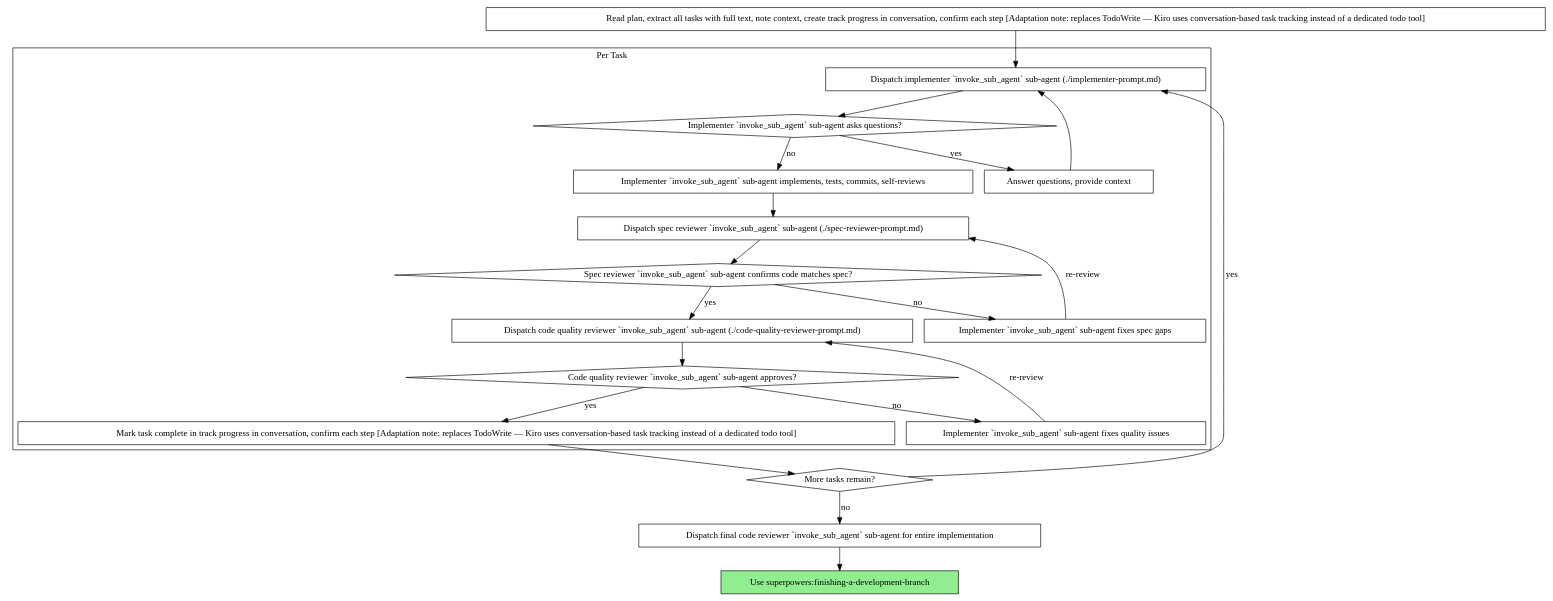
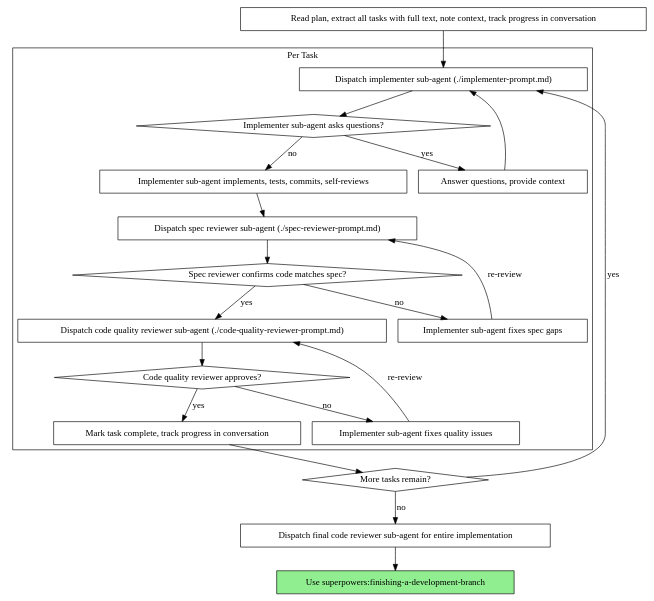
The second of 2 diagrams in .kiro/steering/subagent-driven-development.md (yogesh/kiro-superpowers), drawn with Graphviz before and after one commit. The commit also changed other lines of this file and 24 other files, not shown here.

````diff
--- a/.kiro/steering/subagent-driven-development.md
+++ b/.kiro/steering/subagent-driven-development.md
@@ -58,44 +58,44 @@
 ```dot
 digraph process {
     rankdir=TB;
 
     subgraph cluster_per_task {
         label="Per Task";
-        "Dispatch implementer `invoke_sub_agent` sub-agent (./implementer-prompt.md)" [shape=box];
-        "Implementer `invoke_sub_agent` sub-agent asks questions?" [shape=diamond];
+        "Dispatch implementer sub-agent (./implementer-prompt.md)" [shape=box];
+        "Implementer sub-agent asks questions?" [shape=diamond];
         "Answer questions, provide context" [shape=box];
-        "Implementer `invoke_sub_agent` sub-agent implements, tests, commits, self-reviews" [shape=box];
-        "Dispatch spec reviewer `invoke_sub_agent` sub-agent (./spec-reviewer-prompt.md)" [shape=box];
-        "Spec reviewer `invoke_sub_agent` sub-agent confirms code matches spec?" [shape=diamond];
-        "Implementer `invoke_sub_agent` sub-agent fixes spec gaps" [shape=box];
-        "Dispatch code quality reviewer `invoke_sub_agent` sub-agent (./code-quality-reviewer-prompt.md)" [shape=box];
-        "Code quality reviewer `invoke_sub_agent` sub-agent approves?" [shape=diamond];
-        "Implementer `invoke_sub_agent` sub-agent fixes quality issues" [shape=box];
-        "Mark task complete in track progress in conversation, confirm each step [Adaptation note: replaces TodoWrite — Kiro uses conversation-based task tracking instead of a dedicated todo tool]" [shape=box];
+        "Implementer sub-agent implements, tests, commits, self-reviews" [shape=box];
+        "Dispatch spec reviewer sub-agent (./spec-reviewer-prompt.md)" [shape=box];
+        "Spec reviewer confirms code matches spec?" [shape=diamond];
+        "Implementer sub-agent fixes spec gaps" [shape=box];
+        "Dispatch code quality reviewer sub-agent (./code-quality-reviewer-prompt.md)" [shape=box];
+        "Code quality reviewer approves?" [shape=diamond];
+        "Implementer sub-agent fixes quality issues" [shape=box];
+        "Mark task complete, track progress in conversation" [shape=box];
     }
 
-    "Read plan, extract all tasks with full text, note context, create track progress in conversation, confirm each step [Adaptation note: replaces TodoWrite — Kiro uses conversation-based task tracking instead of a dedicated todo tool]" [shape=box];
+    "Read plan, extract all tasks with full text, note context, track progress in conversation" [shape=box];
     "More tasks remain?" [shape=diamond];
-    "Dispatch final code reviewer `invoke_sub_agent` sub-agent for entire implementation" [shape=box];
+    "Dispatch final code reviewer sub-agent for entire implementation" [shape=box];
     "Use superpowers:finishing-a-development-branch" [shape=box style=filled fillcolor=lightgreen];
 
-    "Read plan, extract all tasks with full text, note context, create track progress in conversation, confirm each step [Adaptation note: replaces TodoWrite — Kiro uses conversation-based task tracking instead of a dedicated todo tool]" -> "Dispatch implementer `invoke_sub_agent` sub-agent (./implementer-prompt.md)";
-    "Dispatch implementer `invoke_sub_agent` sub-agent (./implementer-prompt.md)" -> "Implementer `invoke_sub_agent` sub-agent asks questions?";
-    "Implementer `invoke_sub_agent` sub-agent asks questions?" -> "Answer questions, provide context" [label="yes"];
-    "Answer questions, provide context" -> "Dispatch implementer `invoke_sub_agent` sub-agent (./implementer-prompt.md)";
-    "Implementer `invoke_sub_agent` sub-agent asks questions?" -> "Implementer `invoke_sub_agent` sub-agent implements, tests, commits, self-reviews" [label="no"];
-    "Implementer `invoke_sub_agent` sub-agent implements, tests, commits, self-reviews" -> "Dispatch spec reviewer `invoke_sub_agent` sub-agent (./spec-reviewer-prompt.md)";
-    "Dispatch spec reviewer `invoke_sub_agent` sub-agent (./spec-reviewer-prompt.md)" -> "Spec reviewer `invoke_sub_agent` sub-agent confirms code matches spec?";
-    "Spec reviewer `invoke_sub_agent` sub-agent confirms code matches spec?" -> "Implementer `invoke_sub_agent` sub-agent fixes spec gaps" [label="no"];
-    "Implementer `invoke_sub_agent` sub-agent fixes spec gaps" -> "Dispatch spec reviewer `invoke_sub_agent` sub-agent (./spec-reviewer-prompt.md)" [label="re-review"];
-    "Spec reviewer `invoke_sub_agent` sub-agent confirms code matches spec?" -> "Dispatch code quality reviewer `invoke_sub_agent` sub-agent (./code-quality-reviewer-prompt.md)" [label="yes"];
-    "Dispatch code quality reviewer `invoke_sub_agent` sub-agent (./code-quality-reviewer-prompt.md)" -> "Code quality reviewer `invoke_sub_agent` sub-agent approves?";
-    "Code quality reviewer `invoke_sub_agent` sub-agent approves?" -> "Implementer `invoke_sub_agent` sub-agent fixes quality issues" [label="no"];
-    "Implementer `invoke_sub_agent` sub-agent fixes quality issues" -> "Dispatch code quality reviewer `invoke_sub_agent` sub-agent (./code-quality-reviewer-prompt.md)" [label="re-review"];
-    "Code quality reviewer `invoke_sub_agent` sub-agent approves?" -> "Mark task complete in track progress in conversation, confirm each step [Adaptation note: replaces TodoWrite — Kiro uses conversation-based task tracking instead of a dedicated todo tool]" [label="yes"];
-    "Mark task complete in track progress in conversation, confirm each step [Adaptation note: replaces TodoWrite — Kiro uses conversation-based task tracking instead of a dedicated todo tool]" -> "More tasks remain?";
-    "More tasks remain?" -> "Dispatch implementer `invoke_sub_agent` sub-agent (./implementer-prompt.md)" [label="yes"];
-    "More tasks remain?" -> "Dispatch final code reviewer `invoke_sub_agent` sub-agent for entire implementation" [label="no"];
-    "Dispatch final code reviewer `invoke_sub_agent` sub-agent for entire implementation" -> "Use superpowers:finishing-a-development-branch";
+    "Read plan, extract all tasks with full text, note context, track progress in conversation" -> "Dispatch implementer sub-agent (./implementer-prompt.md)";
+    "Dispatch implementer sub-agent (./implementer-prompt.md)" -> "Implementer sub-agent asks questions?";
+    "Implementer sub-agent asks questions?" -> "Answer questions, provide context" [label="yes"];
+    "Answer questions, provide context" -> "Dispatch implementer sub-agent (./implementer-prompt.md)";
+    "Implementer sub-agent asks questions?" -> "Implementer sub-agent implements, tests, commits, self-reviews" [label="no"];
+    "Implementer sub-agent implements, tests, commits, self-reviews" -> "Dispatch spec reviewer sub-agent (./spec-reviewer-prompt.md)";
+    "Dispatch spec reviewer sub-agent (./spec-reviewer-prompt.md)" -> "Spec reviewer confirms code matches spec?";
+    "Spec reviewer confirms code matches spec?" -> "Implementer sub-agent fixes spec gaps" [label="no"];
+    "Implementer sub-agent fixes spec gaps" -> "Dispatch spec reviewer sub-agent (./spec-reviewer-prompt.md)" [label="re-review"];
+    "Spec reviewer confirms code matches spec?" -> "Dispatch code quality reviewer sub-agent (./code-quality-reviewer-prompt.md)" [label="yes"];
+    "Dispatch code quality reviewer sub-agent (./code-quality-reviewer-prompt.md)" -> "Code quality reviewer approves?";
+    "Code quality reviewer approves?" -> "Implementer sub-agent fixes quality issues" [label="no"];
+    "Implementer sub-agent fixes quality issues" -> "Dispatch code quality reviewer sub-agent (./code-quality-reviewer-prompt.md)" [label="re-review"];
+    "Code quality reviewer approves?" -> "Mark task complete, track progress in conversation" [label="yes"];
+    "Mark task complete, track progress in conversation" -> "More tasks remain?";
+    "More tasks remain?" -> "Dispatch implementer sub-agent (./implementer-prompt.md)" [label="yes"];
+    "More tasks remain?" -> "Dispatch final code reviewer sub-agent for entire implementation" [label="no"];
+    "Dispatch final code reviewer sub-agent for entire implementation" -> "Use superpowers:finishing-a-development-branch";
 }
 ```
````
